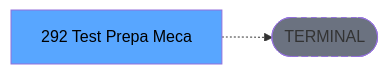
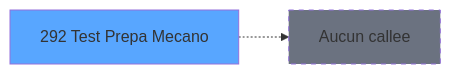
The third of 3 diagrams in .openspec/specs/ADH-IDE-292.md (thonyAGP/magic-migration), drawn with Mermaid before and after one commit. The commit also changed other lines of this file and 493 other files, not shown here.

````diff
--- a/.openspec/specs/ADH-IDE-292.md
+++ b/.openspec/specs/ADH-IDE-292.md
@@ -138,8 +151,8 @@
 ```mermaid
 graph LR
-    T[292 Test Prepa Meca]
-    TERM([TERMINAL])
-    T -.-> TERM
-    style TERM fill:#6b7280,stroke-dasharray: 5 5
-    style T fill:#58a6ff,color:#000
+    T292[292 Test Prepa Mecano]
+    style T292 fill:#58a6ff
+    NONE[Aucun callee]
+    T292 -.-> NONE
+    style NONE fill:#6b7280,stroke-dasharray: 5 5
 ```
````
